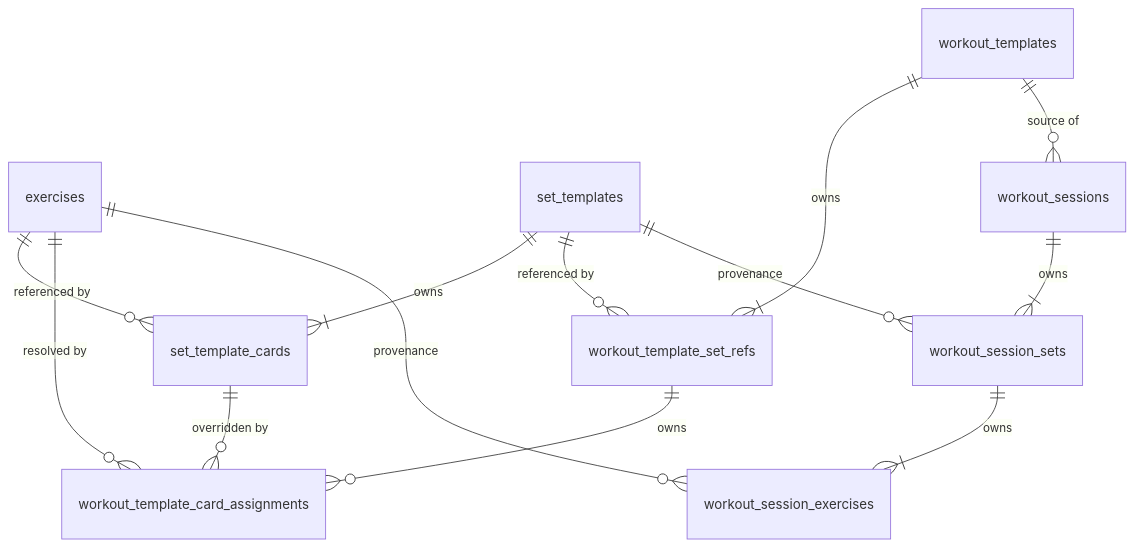
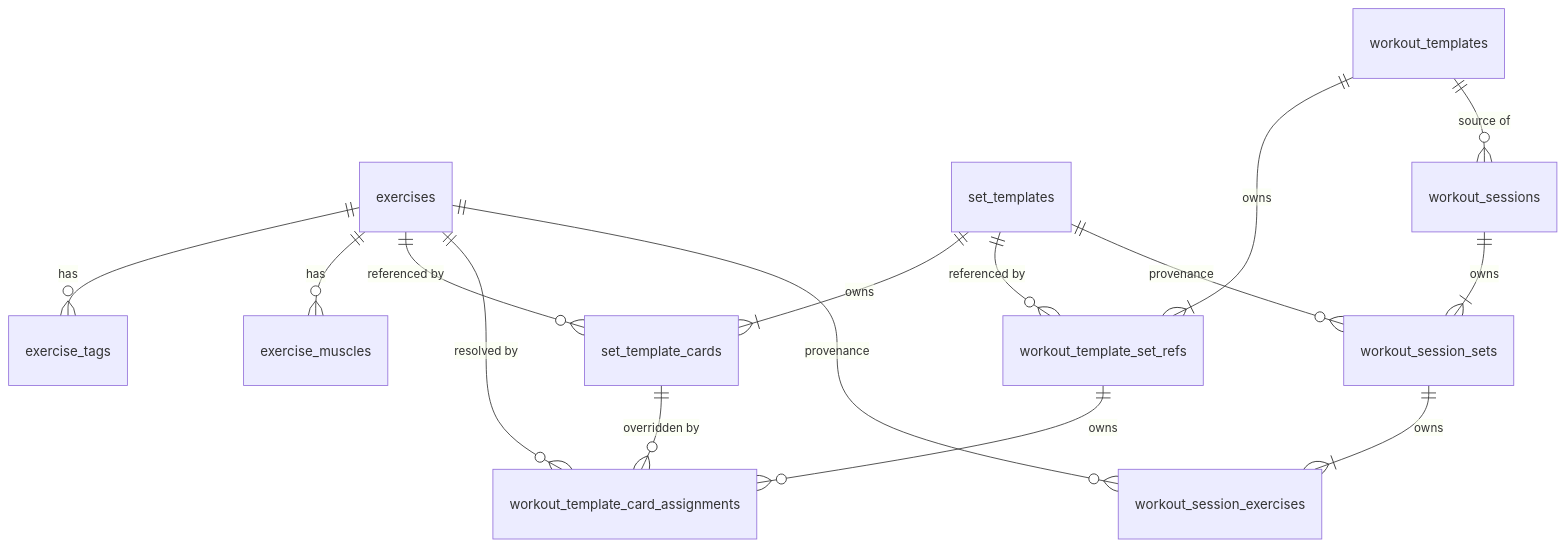
The diagram in PERSISTENCE.md (Dzejrou/dzerkout), drawn with Mermaid before and after one commit. The commit also changed other lines of this file, not shown here.

````diff
--- a/PERSISTENCE.md
+++ b/PERSISTENCE.md
@@ -14,15 +14,17 @@
 ```mermaid
 erDiagram
+    exercises ||--o{ exercise_tags              : "has"
+    exercises ||--o{ exercise_muscles           : "has"
     exercises ||--o{ set_template_cards         : "referenced by"
     set_templates ||--|{ set_template_cards      : "owns"
     set_templates ||--o{ workout_template_set_refs : "referenced by"
     workout_templates ||--|{ workout_template_set_refs : "owns"
     workout_template_set_refs ||--o{ workout_template_card_assignments : "owns"
     set_template_cards ||--o{ workout_template_card_assignments : "overridden by"
     exercises ||--o{ workout_template_card_assignments : "resolved by"
     workout_templates ||--o{ workout_sessions   : "source of"
     workout_sessions ||--|{ workout_session_sets : "owns"
     set_templates ||--o{ workout_session_sets   : "provenance"
     workout_session_sets ||--|{ workout_session_exercises : "owns"
     exercises ||--o{ workout_session_exercises  : "provenance"
 ```
````
